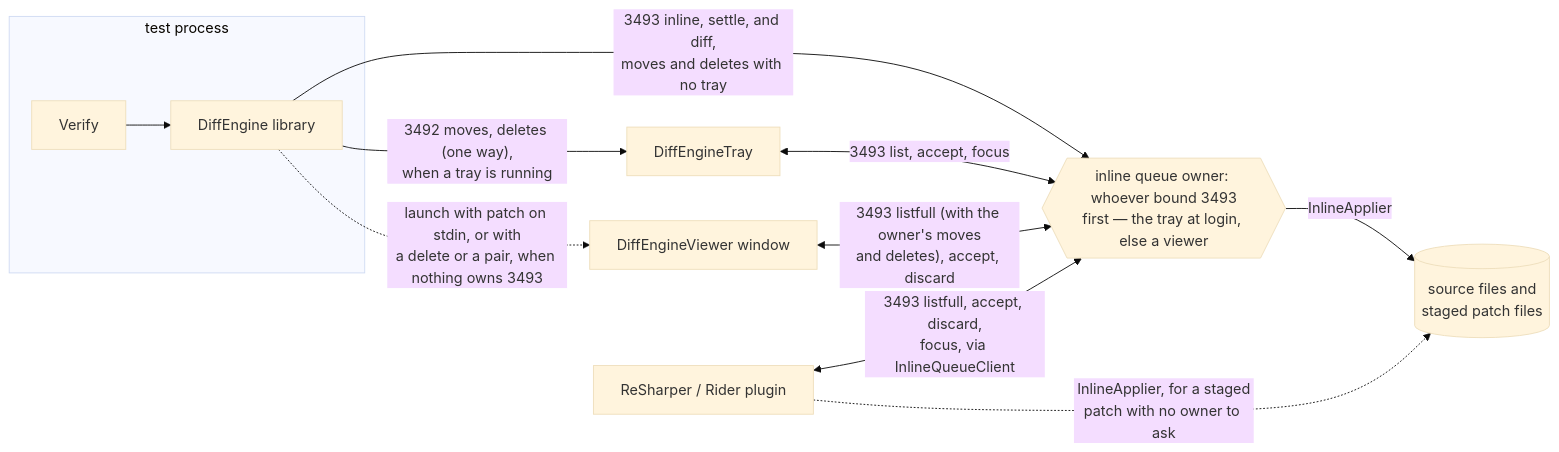
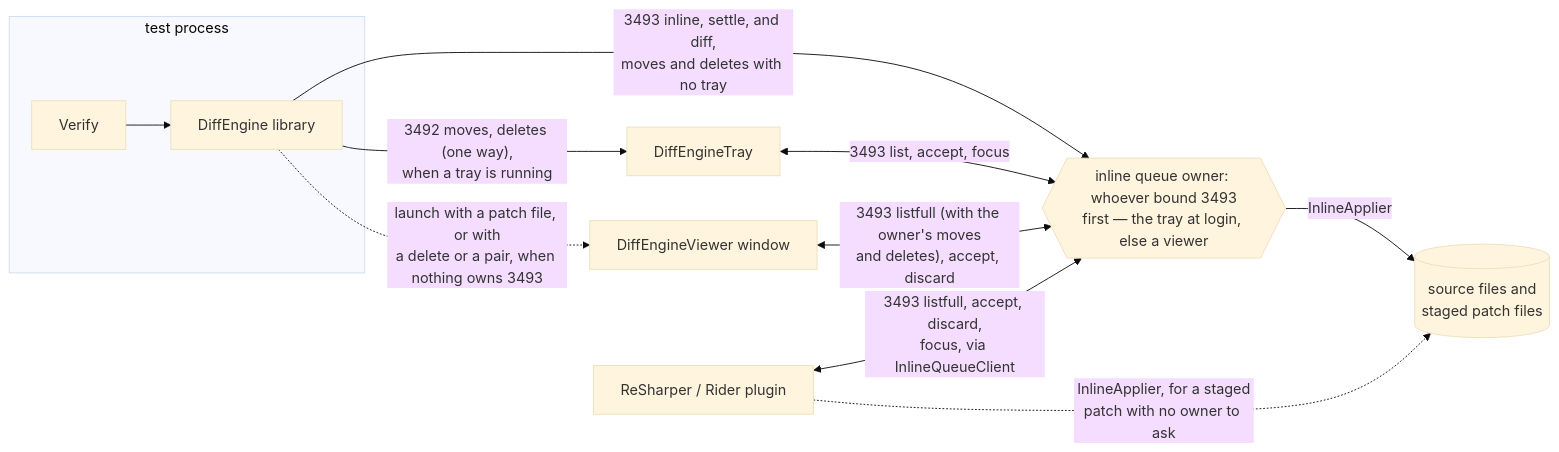
Before and after one commit to VerifyTests/DiffEngine: the first of 2 diagrams in docs/inline.md, drawn with Mermaid (base theme). The commit also changed other lines of this file and 31 other files, not shown here.

````diff
--- a/docs/inline.md
+++ b/docs/inline.md
@@ -17,20 +17,20 @@
 ```mermaid
 flowchart LR
     subgraph Test["test process"]
         Verify["Verify"] --> Engine["DiffEngine library"]
     end
     Tray["DiffEngineTray"]
     Window["DiffEngineViewer window"]
     Plugin["ReSharper / Rider plugin"]
     Owner{{"inline queue owner: whoever bound 3493<br/>first — the tray at login, else a viewer"}}
     Files[("source files and<br/>staged patch files")]
 
     Engine -->|"3492 moves, deletes (one way),<br/>when a tray is running"| Tray
     Engine -->|"3493 inline, settle, and diff,<br/>moves and deletes with no tray"| Owner
-    Engine -.->|"launch with patch on stdin, or with<br/>a delete or a pair, when nothing owns 3493"| Window
+    Engine -.->|"launch with a patch file, or with<br/>a delete or a pair, when nothing owns 3493"| Window
     Tray <-->|"3493 list, accept, focus"| Owner
     Window <-->|"3493 listfull (with the owner's moves<br/>and deletes), accept, discard"| Owner
     Plugin <-->|"3493 listfull, accept, discard,<br/>focus, via InlineQueueClient"| Owner
     Owner -->|"InlineApplier"| Files
     Plugin -.->|"InlineApplier, for a staged<br/>patch with no owner to ask"| Files
 ```
````
